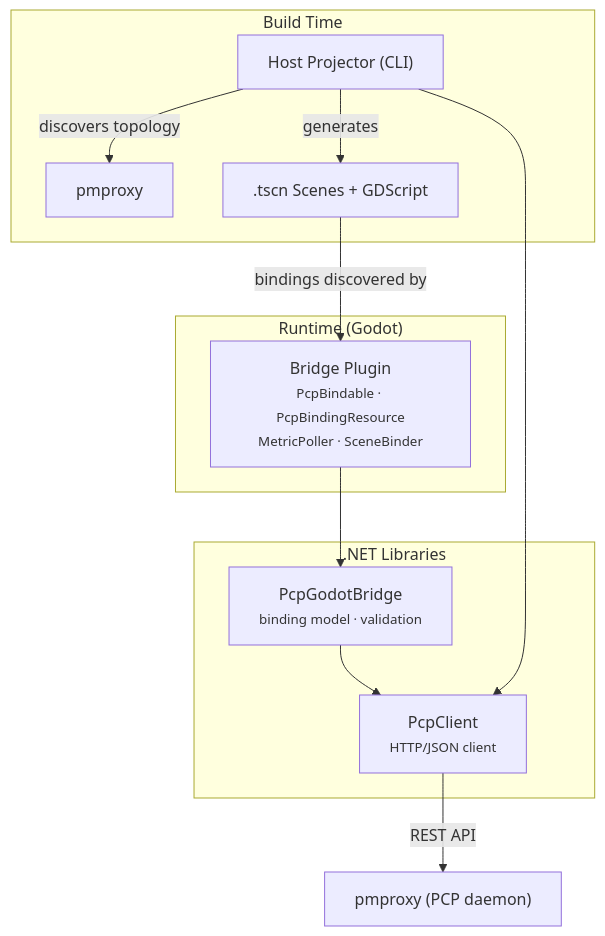
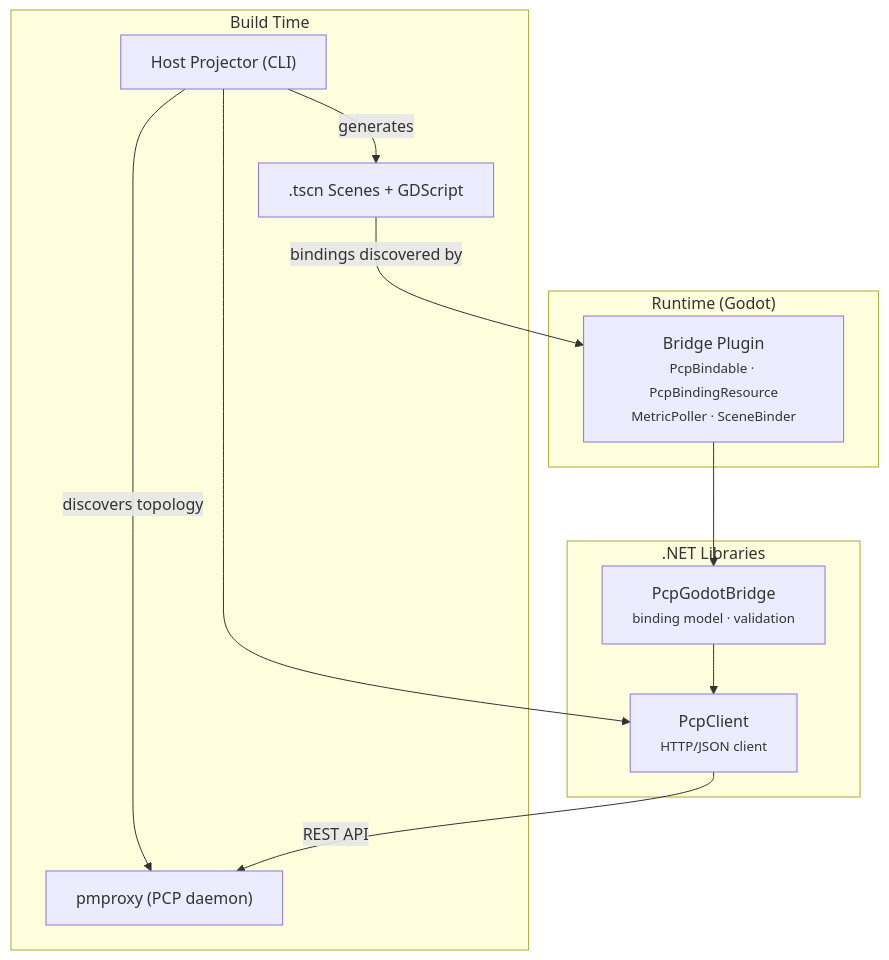
One commit to tallpsmith/pmview-nextgen changed the first of 2 diagrams in docs/ARCHITECTURE.md. Above: the diagram before and after it, drawn with Mermaid. The commit also changed other lines of this file and 2 other files, not shown here.

First line of the commit message:
Polish docs: backtick project name, single pmproxy, data flow mermaid

````diff
--- a/docs/ARCHITECTURE.md
+++ b/docs/ARCHITECTURE.md
@@ -7,26 +7,26 @@
 ```mermaid
 graph TD
+    pmproxy["pmproxy (PCP daemon)"]
+
     subgraph "Build Time"
         Projector["Host Projector (CLI)"]
-        pmproxy_build["pmproxy"]
-        Projector -- "discovers topology" --> pmproxy_build
+        Projector -- "discovers topology" --> pmproxy
         Projector -- "generates" --> Scenes
     end
 
     subgraph "Runtime (Godot)"
         Scenes[".tscn Scenes + GDScript"]
         Bridge["Bridge Plugin<br/><small>PcpBindable · PcpBindingResource<br/>MetricPoller · SceneBinder</small>"]
         Scenes -- "bindings discovered by" --> Bridge
     end
 
     subgraph ".NET Libraries"
         GodotBridge["PcpGodotBridge<br/><small>binding model · validation</small>"]
         Client["PcpClient<br/><small>HTTP/JSON client</small>"]
         Bridge --> GodotBridge
         GodotBridge --> Client
         Projector --> Client
     end
 
-    pmproxy_run["pmproxy (PCP daemon)"]
-    Client -- "REST API" --> pmproxy_run
+    Client -- "REST API" --> pmproxy
 ```
````
